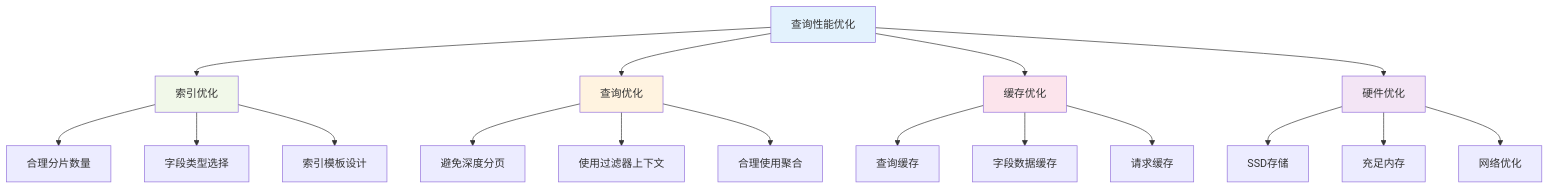
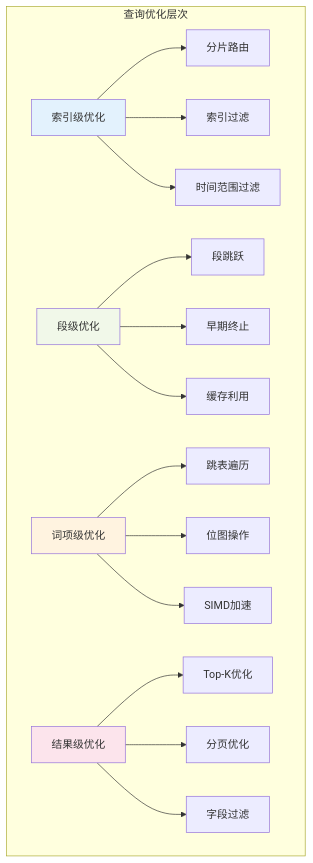
Before and after one commit to ralph-wren/TechStack-Handbook: diagram 12 of 30 in 32.elasticsearch.md, drawn with Mermaid. The commit also changed other lines of this file and 2 other files, not shown here.

````diff
--- a/32.elasticsearch.md
+++ b/32.elasticsearch.md
@@ -720,29 +581,25 @@
 ```mermaid
 graph TB
-    A["查询性能优化"] --> B["索引优化"]
-    A --> C["查询优化"]
-    A --> D["缓存优化"]
-    A --> E["硬件优化"]
-    
-    B --> B1["合理分片数量"]
-    B --> B2["字段类型选择"]
-    B --> B3["索引模板设计"]
-    
-    C --> C1["避免深度分页"]
-    C --> C2["使用过滤器上下文"]
-    C --> C3["合理使用聚合"]
-    
-    D --> D1["查询缓存"]
-    D --> D2["字段数据缓存"]
-    D --> D3["请求缓存"]
-    
-    E --> E1["SSD存储"]
-    E --> E2["充足内存"]
-    E --> E3["网络优化"]
+    subgraph "查询优化层次"
+        A["索引级优化"] --> A1["分片路由"]
+        A --> A2["索引过滤"]
+        A --> A3["时间范围过滤"]
+        
+        B["段级优化"] --> B1["段跳跃"]
+        B --> B2["早期终止"]
+        B --> B3["缓存利用"]
+        
+        C["词项级优化"] --> C1["跳表遍历"]
+        C --> C2["位图操作"]
+        C --> C3["SIMD加速"]
+        
+        D["结果级优化"] --> D1["Top-K优化"]
+        D --> D2["分页优化"]
+        D --> D3["字段过滤"]
+    end
     
     style A fill:#e3f2fd
     style B fill:#f1f8e9
     style C fill:#fff3e0
     style D fill:#fce4ec
-    style E fill:#f3e5f5
 ```
````
